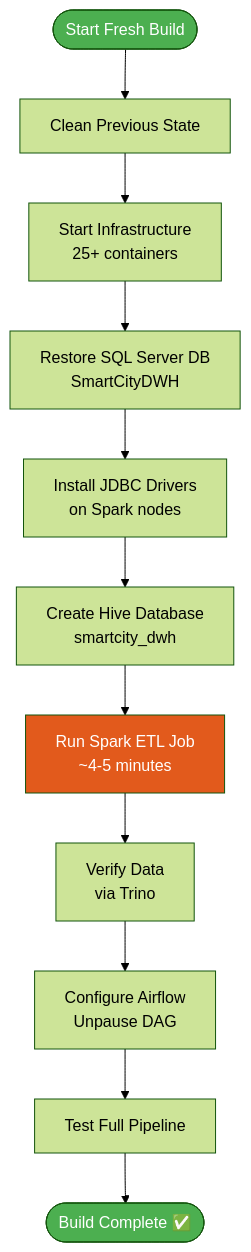
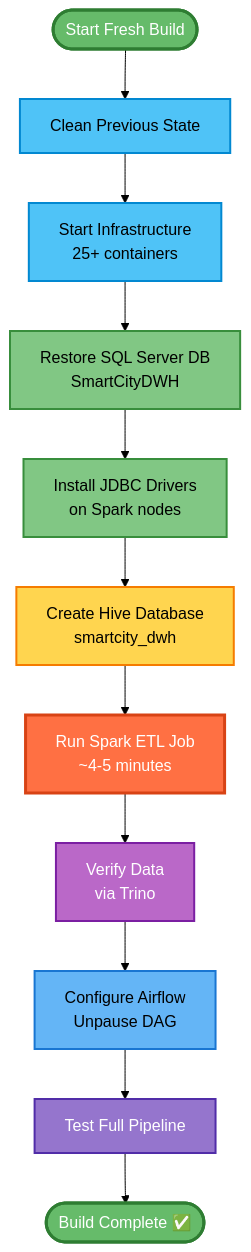
One commit to elewashy/DEPI changed the diagram in Smart_City_Pipeline_2_Milestone_2/docs/BUILD_FROM_SCRATCH.md. Above: the diagram before and after it, drawn with Mermaid (forest theme). The commit also changed 3 other files, not shown here.

````diff
--- a/Smart_City_Pipeline_2_Milestone_2/docs/BUILD_FROM_SCRATCH.md
+++ b/Smart_City_Pipeline_2_Milestone_2/docs/BUILD_FROM_SCRATCH.md
@@ -23,17 +23,25 @@
 ```mermaid
 flowchart TB
     Start([Start Fresh Build]) --> Clean[Clean Previous State]
     Clean --> Infra[Start Infrastructure<br/>25+ containers]
     Infra --> SQL[Restore SQL Server DB<br/>SmartCityDWH]
     SQL --> JDBC[Install JDBC Drivers<br/>on Spark nodes]
     JDBC --> Hive[Create Hive Database<br/>smartcity_dwh]
     Hive --> ETL[Run Spark ETL Job<br/>~4-5 minutes]
     ETL --> Verify[Verify Data<br/>via Trino]
     Verify --> Airflow[Configure Airflow<br/>Unpause DAG]
     Airflow --> Test[Test Full Pipeline]
     Test --> Complete([Build Complete ✅])
 
-    style Start fill:#4CAF50,color:#fff
-    style ETL fill:#E25A1C,color:#fff
-    style Complete fill:#4CAF50,color:#fff
+    style Start fill:#66BB6A,stroke:#2E7D32,color:#fff,stroke-width:3px
+    style Clean fill:#4FC3F7,stroke:#0288D1,color:#000,stroke-width:2px
+    style Infra fill:#4FC3F7,stroke:#0288D1,color:#000,stroke-width:2px
+    style SQL fill:#81C784,stroke:#388E3C,color:#000,stroke-width:2px
+    style JDBC fill:#81C784,stroke:#388E3C,color:#000,stroke-width:2px
+    style Hive fill:#FFD54F,stroke:#F57C00,color:#000,stroke-width:2px
+    style ETL fill:#FF7043,stroke:#D84315,color:#fff,stroke-width:3px
+    style Verify fill:#BA68C8,stroke:#7B1FA2,color:#fff,stroke-width:2px
+    style Airflow fill:#64B5F6,stroke:#1976D2,color:#000,stroke-width:2px
+    style Test fill:#9575CD,stroke:#512DA8,color:#fff,stroke-width:2px
+    style Complete fill:#66BB6A,stroke:#2E7D32,color:#fff,stroke-width:3px
 ```
````
